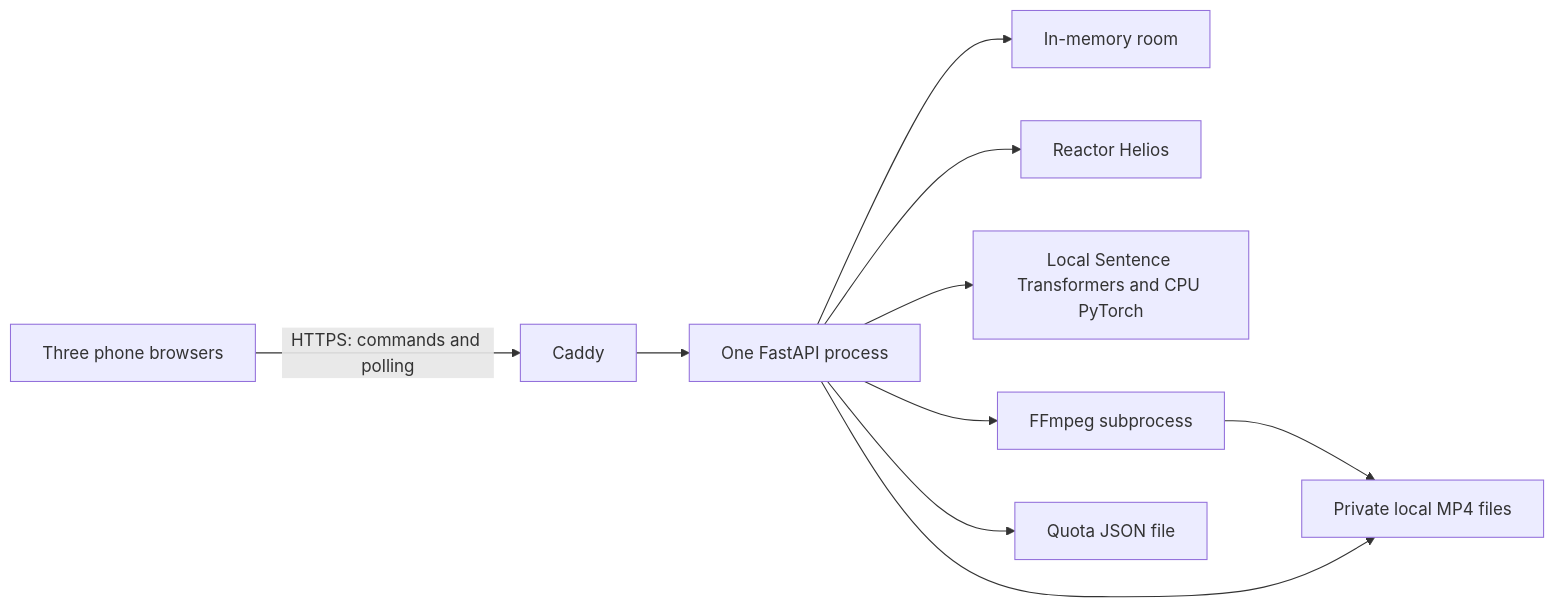
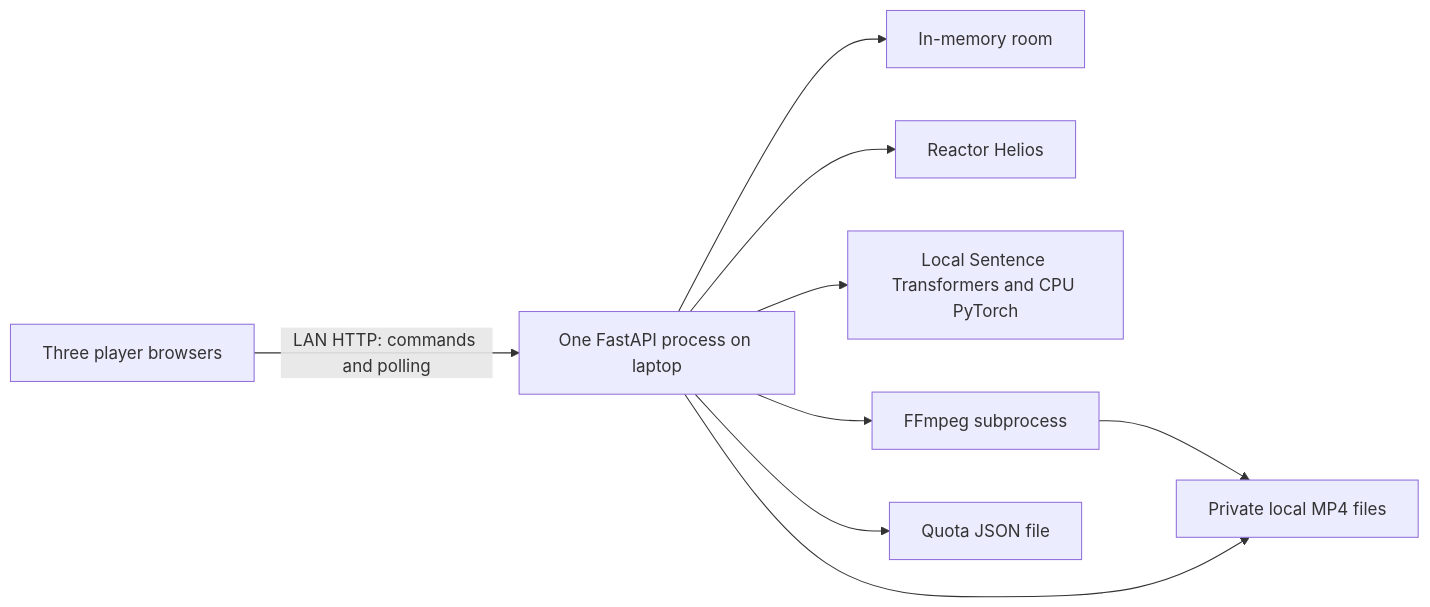
The diagram in docs/games/reverse-prompt/tech-stack.md (CoralLeiCN/VIbeParty), drawn with Mermaid before and after one commit. The commit also changed other lines of this file and 11 other files, not shown here.

````diff
--- a/docs/games/reverse-prompt/tech-stack.md
+++ b/docs/games/reverse-prompt/tech-stack.md
@@ -34,12 +34,11 @@
 ```mermaid
 flowchart LR
-    Phones[Three phone browsers] -->|HTTPS: commands and polling| Proxy[Caddy]
-    Proxy --> App[One FastAPI process]
+    Phones[Three player browsers] -->|LAN HTTP: commands and polling| App[One FastAPI process on laptop]
     App --> State[In-memory room]
     App --> Reactor[Reactor Helios]
     App --> Scorer[Local Sentence Transformers and CPU PyTorch]
     App --> FFmpeg[FFmpeg subprocess]
     FFmpeg --> Files[Private local MP4 files]
     App --> Files
     App --> Guard[Quota JSON file]
 ```
````
